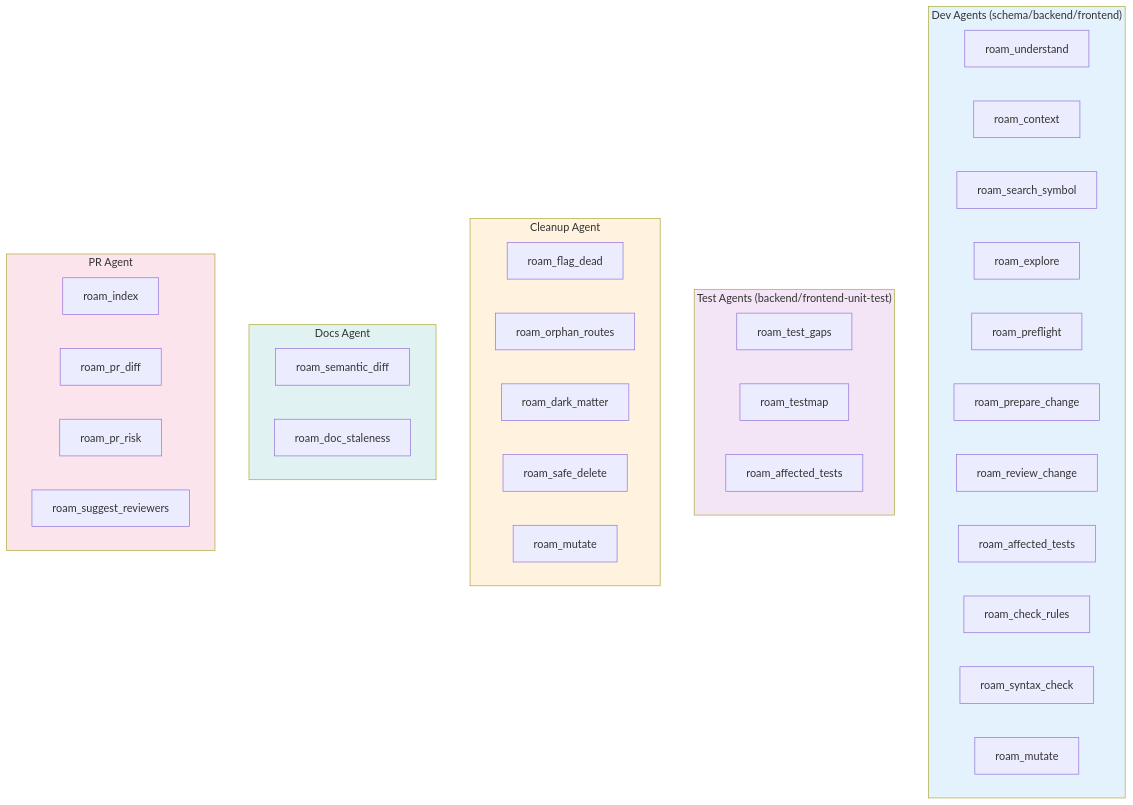
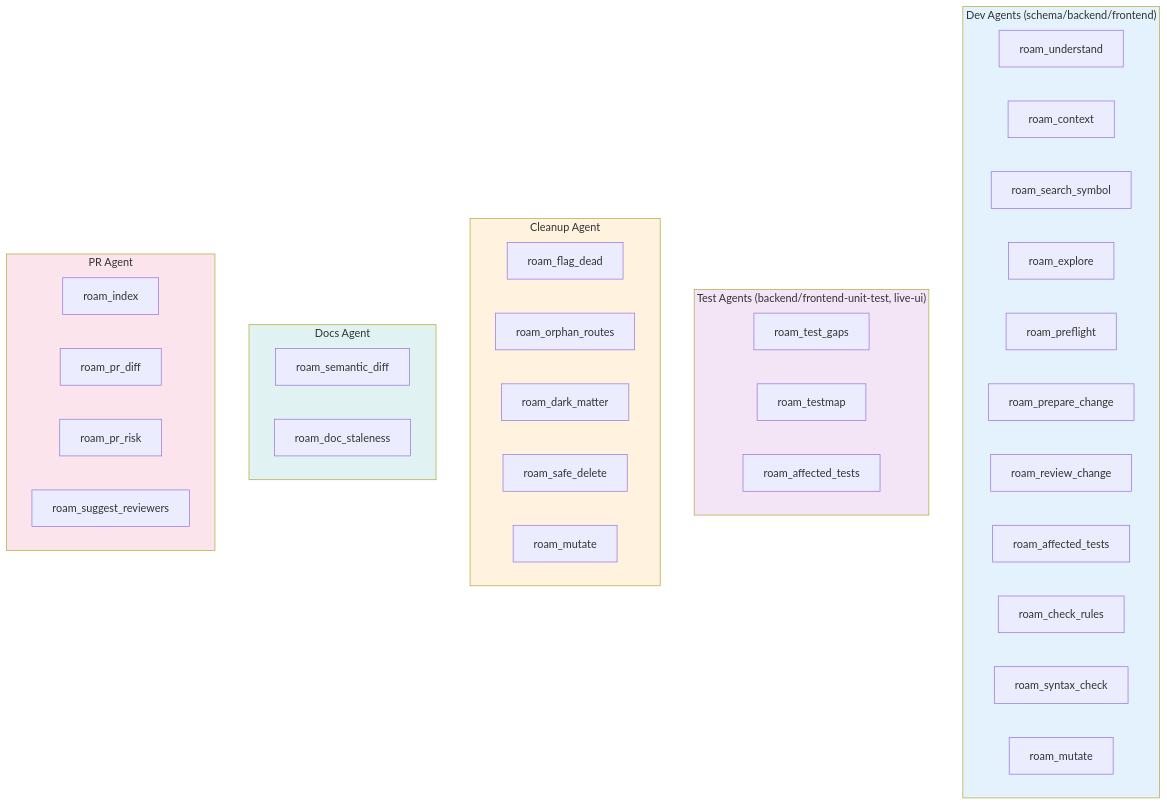
Before and after one commit to RomanKaliupinMelonusa/DAGent-t: the sixth of 7 diagrams in tools/autonomous-factory/docs/05-agents.md, drawn with Mermaid. The commit also changed other lines of this file and 2 other files, not shown here.

First line of the commit message:
Integrate live-ui AST-driven E2E into docs

````diff
--- a/tools/autonomous-factory/docs/05-agents.md
+++ b/tools/autonomous-factory/docs/05-agents.md
@@ -214,53 +214,53 @@
 ```mermaid
 flowchart TB
     subgraph DEV_AGENTS["Dev Agents (schema/backend/frontend)"]
         direction LR
         DE1["roam_understand"]
         DE2["roam_context"]
         DE3["roam_search_symbol"]
         DE4["roam_explore"]
         DE5["roam_preflight"]
         DE6["roam_prepare_change"]
         DE7["roam_review_change"]
         DE8["roam_affected_tests"]
         DE9["roam_check_rules"]
         DE10["roam_syntax_check"]
         DE11["roam_mutate"]
     end
 
-    subgraph TEST_AGENTS["Test Agents (backend/frontend-unit-test)"]
+    subgraph TEST_AGENTS["Test Agents (backend/frontend-unit-test, live-ui)"]
         direction LR
         TE1["roam_test_gaps"]
         TE2["roam_testmap"]
         TE3["roam_affected_tests"]
     end
 
     subgraph CLEANUP_AGENT["Cleanup Agent"]
         direction LR
         CL1["roam_flag_dead"]
         CL2["roam_orphan_routes"]
         CL3["roam_dark_matter"]
         CL4["roam_safe_delete"]
         CL5["roam_mutate"]
     end
 
     subgraph DOCS_AGENT["Docs Agent"]
         direction LR
         DO1["roam_semantic_diff"]
         DO2["roam_doc_staleness"]
     end
 
     subgraph PR_AGENT["PR Agent"]
         direction LR
         PR1["roam_index"]
         PR2["roam_pr_diff"]
         PR3["roam_pr_risk"]
         PR4["roam_suggest_reviewers"]
     end
 
     style DEV_AGENTS fill:#e3f2fd
     style TEST_AGENTS fill:#f3e5f5
     style CLEANUP_AGENT fill:#fff3e0
     style DOCS_AGENT fill:#e0f2f1
     style PR_AGENT fill:#fce4ec
 ```
````
